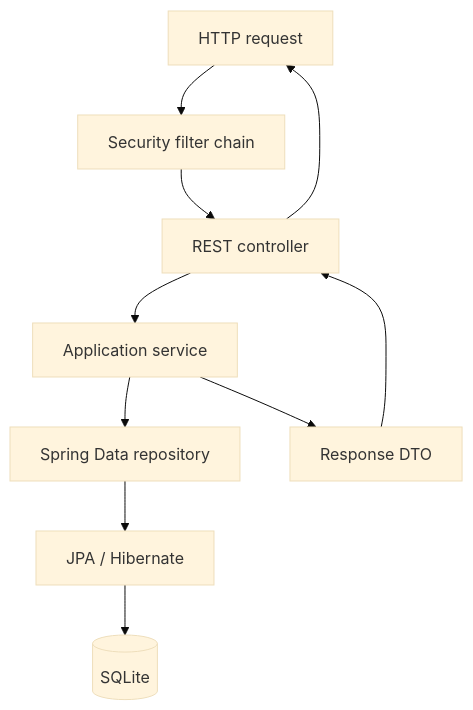
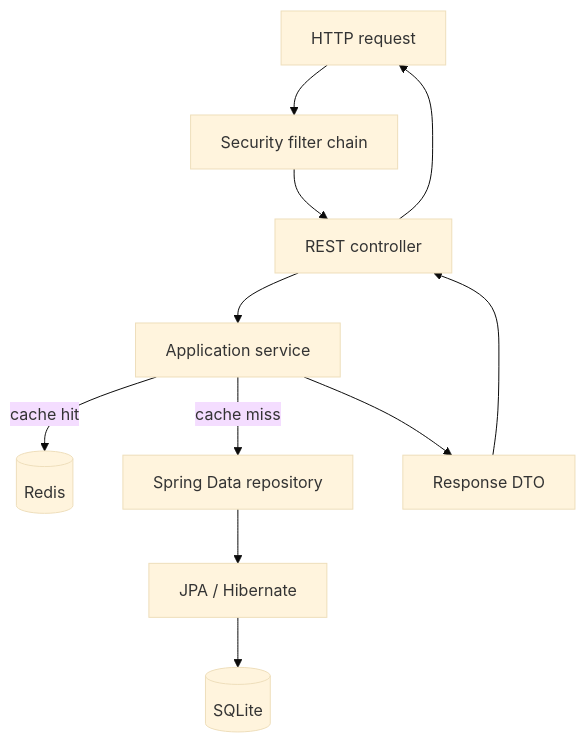
Before and after one commit to Ravku/salary-management_system: the second of 3 diagrams in doc/application-architecture.md, drawn with Mermaid (base theme). The commit also changed other lines of this file and 13 other files, not shown here.

````diff
--- a/doc/application-architecture.md
+++ b/doc/application-architecture.md
@@ -39,12 +40,13 @@
 ```mermaid
 flowchart TD
     HTTP["HTTP request"] --> Filter["Security filter chain"]
     Filter --> Controller["REST controller"]
     Controller --> Service["Application service"]
-    Service --> Repository["Spring Data repository"]
+    Service -->|"cache hit"| Cache[("Redis")]
+    Service -->|"cache miss"| Repository["Spring Data repository"]
     Repository --> JPA["JPA / Hibernate"]
     JPA --> SQLite[("SQLite")]
     Service --> DTO["Response DTO"]
     DTO --> Controller
     Controller --> HTTP
 ```
````
